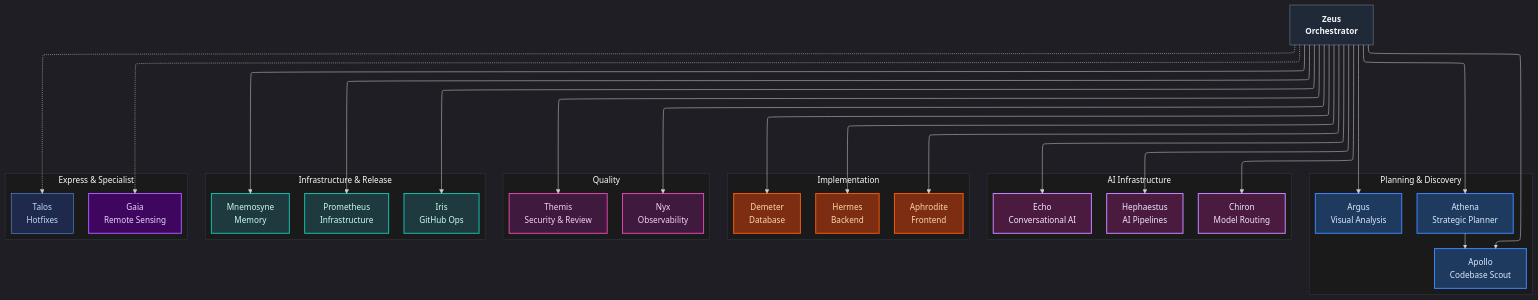
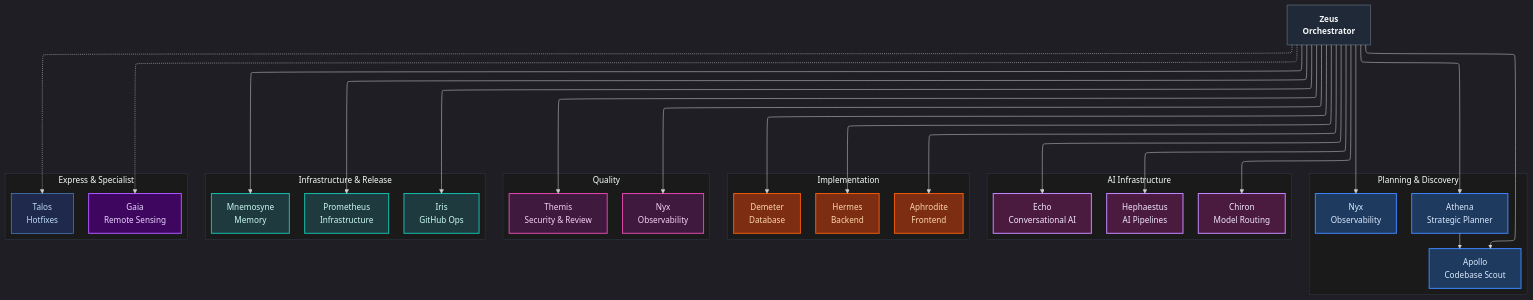
Before and after one commit to ils15/pantheon: the second of 2 diagrams in README.md, drawn with Mermaid. The commit also changed other lines of this file and 189 other files, not shown here.

````diff
--- a/README.md
+++ b/README.md
@@ -348,65 +348,65 @@
 ```mermaid
 ---
 config:
   look: classic
   theme: dark
   layout: elk
 ---
 graph TB
     classDef tier0 fill:#1f2937,stroke:#4b5563,stroke-width:2px,color:#f3f4f6,font-weight:bold
     classDef tier1 fill:#1e3a5f,stroke:#3b82f6,stroke-width:2px,color:#dbeafe
     classDef tier1b fill:#4a1a3f,stroke:#c084fc,stroke-width:2px,color:#f3e8ff
     classDef tier2 fill:#7c2d12,stroke:#ea580c,stroke-width:2px,color:#fed7aa
     classDef tier3 fill:#3f1a3e,stroke:#d946a6,stroke-width:2px,color:#f5d1f8
     classDef tier4 fill:#1e3a3f,stroke:#14b8a6,stroke-width:2px,color:#ccfbf1
     classDef tier5 fill:#1e294b,stroke:#60a5fa,stroke-width:1px,color:#bfdbfe
     classDef tier6 fill:#3f065f,stroke:#a855f7,stroke-width:2px,color:#e9d5ff
 
     O["Zeus<br/>Orchestrator"]:::tier0
 
     subgraph T1["Planning & Discovery"]
 
         A1["Athena<br/>Strategic Planner"]:::tier1
         A2["Apollo<br/>Codebase Scout"]:::tier1
-        A3["Argus<br/>Visual Analysis"]:::tier1
+        A3["Nyx<br/>Observability"]:::tier1
     end
 
     subgraph AI["AI Infrastructure"]
         H["Hephaestus<br/>AI Pipelines"]:::tier1b
         Q["Chiron<br/>Model Routing"]:::tier1b
         E["Echo<br/>Conversational AI"]:::tier1b
     end
 
     subgraph T2["Implementation"]
         I1["Hermes<br/>Backend"]:::tier2
         I2["Aphrodite<br/>Frontend"]:::tier2
         I3["Demeter<br/>Database"]:::tier2
     end
 
     subgraph T3["Quality"]
         T1a["Themis<br/>Security & Review"]:::tier3
         N["Nyx<br/>Observability"]:::tier3
     end
 
     subgraph T4["Infrastructure & Release"]
         R["Prometheus<br/>Infrastructure"]:::tier4
         I["Iris<br/>GitHub Ops"]:::tier4
         M["Mnemosyne<br/>Memory"]:::tier4
     end
 
     subgraph T5["Express & Specialist"]
         T["Talos<br/>Hotfixes"]:::tier5
         G["Gaia<br/>Remote Sensing"]:::tier6
     end
 
     O --> A1 & A2 & A3 & H & Q & E & I1 & I2 & I3 & T1a & N & R & I & M
     O -.-> T & G
     A1 --> A2
 
     style T1 fill:#1a1a1a,stroke:#2d3748,stroke-width:1px
     style AI fill:#1a1a1a,stroke:#2d3748,stroke-width:1px
     style T2 fill:#1a1a1a,stroke:#2d3748,stroke-width:1px
     style T3 fill:#1a1a1a,stroke:#2d3748,stroke-width:1px
     style T4 fill:#1a1a1a,stroke:#2d3748,stroke-width:1px
     style T5 fill:#1a1a1a,stroke:#2d3748,stroke-width:1px
 ```
````
